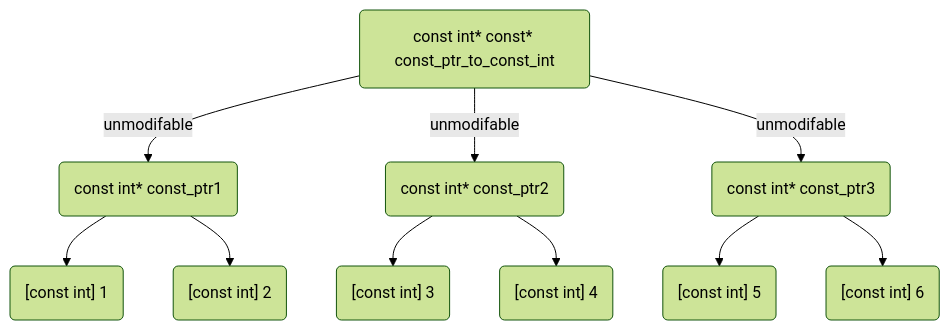
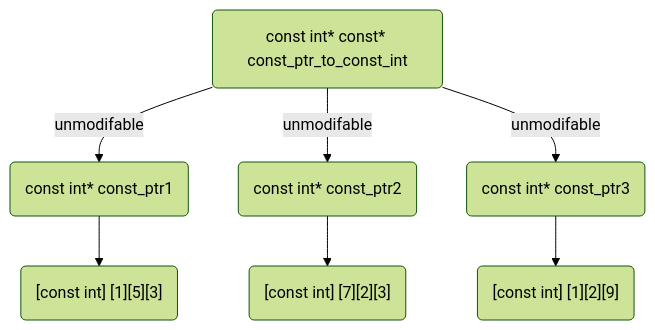
Before and after one commit to YanivGabay/cs-lectures-by-yaniv-gabay: the third of 3 diagrams in ModolarProgramming/Fifth_lesson_DynamicAlloc/visualiztion.md, drawn with Mermaid (forest theme). The commit also changed other lines of this file and 9 other files, not shown here.

Commit message:
updated the graph

````diff
--- a/ModolarProgramming/Fifth_lesson_DynamicAlloc/visualiztion.md
+++ b/ModolarProgramming/Fifth_lesson_DynamicAlloc/visualiztion.md
@@ -33,14 +33,14 @@
 ```mermaid
 graph TD;
     constPtrToConstInt("const int* const* const_ptr_to_const_int") --unmodifable--> constPtr1("const int* const_ptr1")
     constPtrToConstInt --unmodifable--> constPtr2("const int* const_ptr2")
     constPtrToConstInt--unmodifable-->constPtr3("const int* const_ptr3")
-    constPtr1 --> constInt1("[const int] 1")
-    constPtr1 --> constInt2("[const int] 2")
-    constPtr2 --> constInt3("[const int] 3")
-    constPtr2 --> constInt4("[const int] 4")
-    constPtr3 --> constInt5("[const int] 5")
-    constPtr3 --> constInt6("[const int] 6")
+    constPtr1 --> constInt1("[const int] [1][5][3]")
+   
+    constPtr2 --> constInt3("[const int] [7][2][3]")
+   
+    constPtr3 --> constInt5("[const int] [1][2][9]")
+   
 
 
 ```
````
